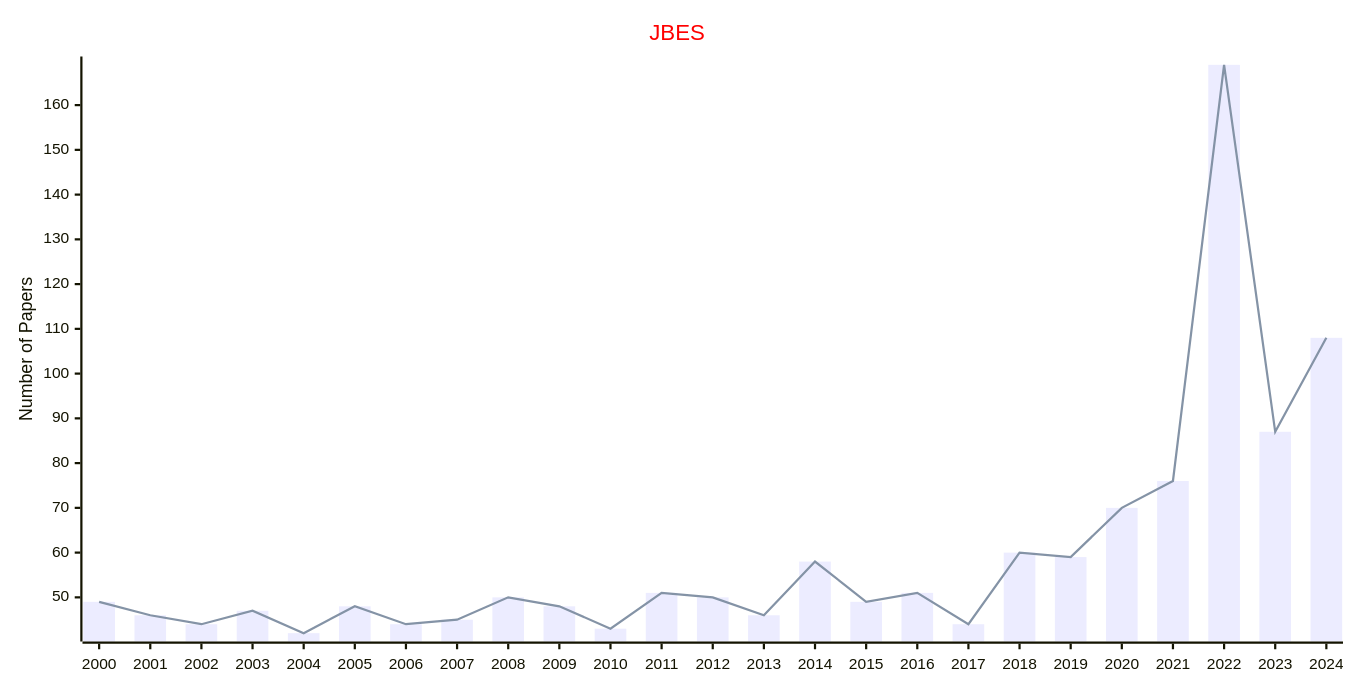
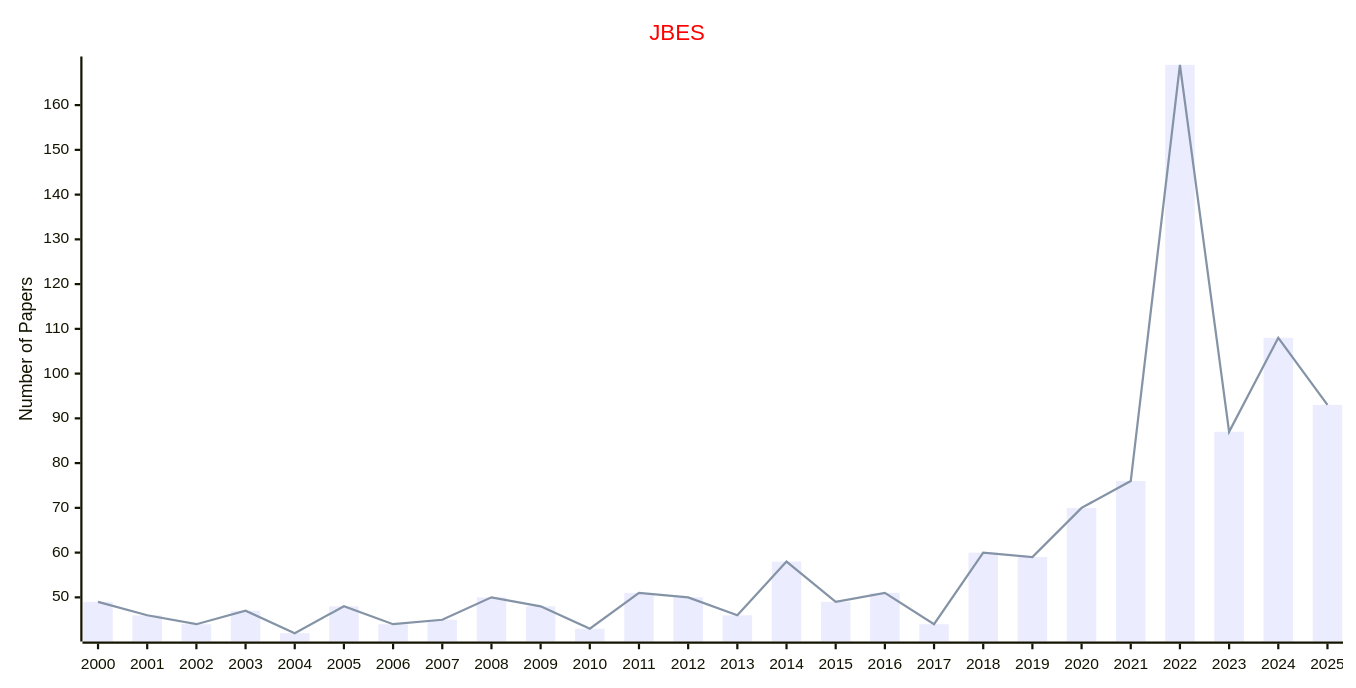
The diagram in docs/data/Journals/Statistics_Journals/Business_and_Economic.md (Easy-PhD/AILinks), drawn with Mermaid before and after one commit. The commit also changed 93 other files, not shown here.

````diff
--- a/docs/data/Journals/Statistics_Journals/Business_and_Economic.md
+++ b/docs/data/Journals/Statistics_Journals/Business_and_Economic.md
@@ -9,17 +9,17 @@
 ```mermaid
 ---
 config:
     xyChart:
         width: 1200
         height: 600
     themeVariables:
         xyChart:
             titleColor: "#ff0000"
 ---
 xychart-beta
     title "JBES"
-    x-axis [2000, 2001, 2002, 2003, 2004, 2005, 2006, 2007, 2008, 2009, 2010, 2011, 2012, 2013, 2014, 2015, 2016, 2017, 2018, 2019, 2020, 2021, 2022, 2023, 2024]
+    x-axis [2000, 2001, 2002, 2003, 2004, 2005, 2006, 2007, 2008, 2009, 2010, 2011, 2012, 2013, 2014, 2015, 2016, 2017, 2018, 2019, 2020, 2021, 2022, 2023, 2024, 2025]
     y-axis "Number of Papers"
-    bar [49, 46, 44, 47, 42, 48, 44, 45, 50, 48, 43, 51, 50, 46, 58, 49, 51, 44, 60, 59, 70, 76, 169, 87, 108]
-    line [49, 46, 44, 47, 42, 48, 44, 45, 50, 48, 43, 51, 50, 46, 58, 49, 51, 44, 60, 59, 70, 76, 169, 87, 108]
+    bar [49, 46, 44, 47, 42, 48, 44, 45, 50, 48, 43, 51, 50, 46, 58, 49, 51, 44, 60, 59, 70, 76, 169, 87, 108, 93]
+    line [49, 46, 44, 47, 42, 48, 44, 45, 50, 48, 43, 51, 50, 46, 58, 49, 51, 44, 60, 59, 70, 76, 169, 87, 108, 93]
 ```
````
